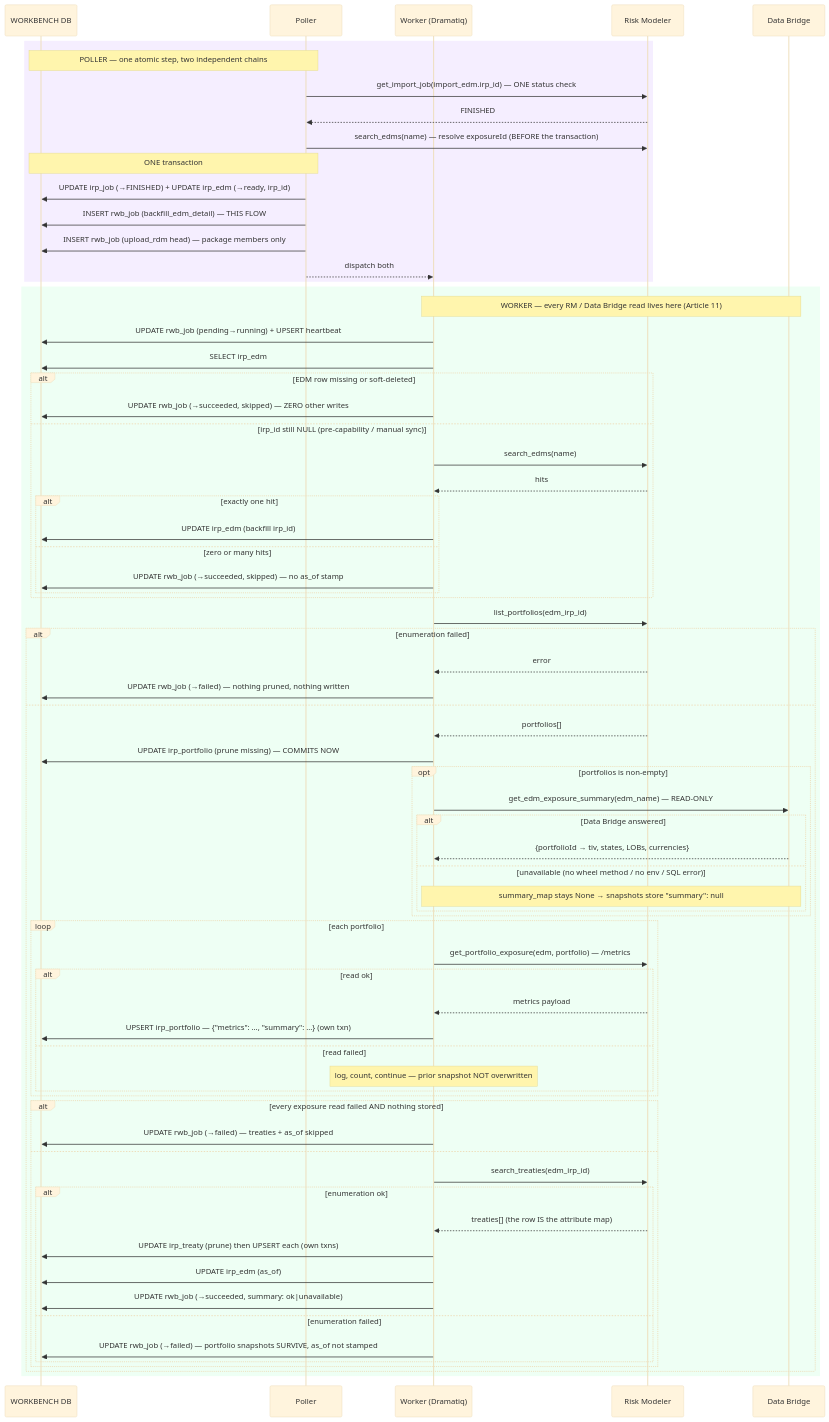
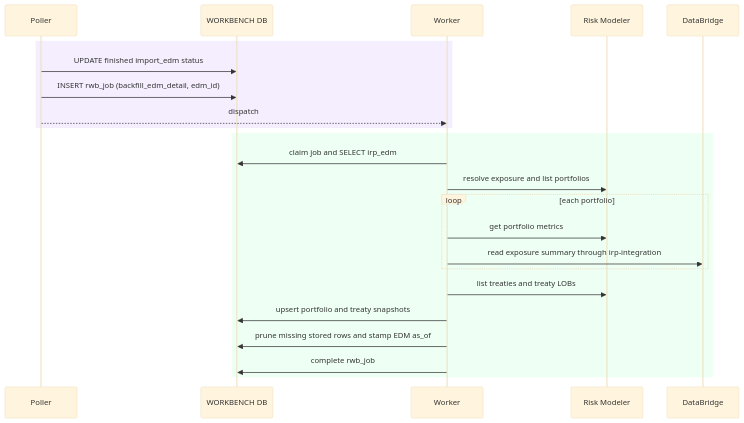
Before and after one commit to anilvenugopal/risk-workbench: the diagram in docs/sequence_diagrams/backfill/backfill_edm_detail.md, drawn with Mermaid (base theme). The commit also changed other lines of this file and 22 other files, not shown here.

````diff
--- a/docs/sequence_diagrams/backfill/backfill_edm_detail.md
+++ b/docs/sequence_diagrams/backfill/backfill_edm_detail.md
@@ -66,76 +19,27 @@
 ```mermaid
 sequenceDiagram
+    participant P as Poller
     participant DB as WORKBENCH DB
-    participant P as Poller
-    participant W as Worker (Dramatiq)
+    participant W as Worker
     participant RM as Risk Modeler
-    participant DBR as Data Bridge
+    participant DataBridge
 
     rect rgb(245,238,255)
-        Note over P,DB: POLLER — one atomic step, two independent chains
-        P->>RM: get_import_job(import_edm.irp_id) — ONE status check
-        RM-->>P: FINISHED
-        P->>RM: search_edms(name) — resolve exposureId (BEFORE the transaction)
-        Note over P,DB: ONE transaction
-        P->>DB: UPDATE irp_job (→FINISHED) + UPDATE irp_edm (→ready, irp_id)
-        P->>DB: INSERT rwb_job (backfill_edm_detail) — THIS FLOW
-        P->>DB: INSERT rwb_job (upload_rdm head) — package members only
-        P-->>W: dispatch both
+        P->>DB: UPDATE finished import_edm status
+        P->>DB: INSERT rwb_job (backfill_edm_detail, edm_id)
+        P-->>W: dispatch
     end
 
     rect rgb(238,255,244)
-        Note over W,DBR: WORKER — every RM / Data Bridge read lives here (Article 11)
-        W->>DB: UPDATE rwb_job (pending→running) + UPSERT heartbeat
-        W->>DB: SELECT irp_edm
-        alt EDM row missing or soft-deleted
-            W->>DB: UPDATE rwb_job (→succeeded, skipped) — ZERO other writes
-        else irp_id still NULL (pre-capability / manual sync)
-            W->>RM: search_edms(name)
-            RM-->>W: hits
-            alt exactly one hit
-                W->>DB: UPDATE irp_edm (backfill irp_id)
-            else zero or many hits
-                W->>DB: UPDATE rwb_job (→succeeded, skipped) — no as_of stamp
-            end
+        W->>DB: claim job and SELECT irp_edm
+        W->>RM: resolve exposure and list portfolios
+        loop each portfolio
+            W->>RM: get portfolio metrics
+            W->>DataBridge: read exposure summary through irp-integration
         end
-
-        W->>RM: list_portfolios(edm_irp_id)
-        alt enumeration failed
-            RM-->>W: error
-            W->>DB: UPDATE rwb_job (→failed) — nothing pruned, nothing written
-        else
-            RM-->>W: portfolios[]
-            W->>DB: UPDATE irp_portfolio (prune missing) — COMMITS NOW
-            opt portfolios is non-empty
-                W->>DBR: get_edm_exposure_summary(edm_name) — READ-ONLY
-                alt Data Bridge answered
-                    DBR-->>W: {portfolioId → tiv, states, LOBs, currencies}
-                else unavailable (no wheel method / no env / SQL error)
-                    Note over W,DBR: summary_map stays None → snapshots store "summary": null
-                end
-            end
-            loop each portfolio
-                W->>RM: get_portfolio_exposure(edm, portfolio) — /metrics
-                alt read ok
-                    RM-->>W: metrics payload
-                    W->>DB: UPSERT irp_portfolio — {"metrics": …, "summary": …} (own txn)
-                else read failed
-                    Note over W: log, count, continue — prior snapshot NOT overwritten
-                end
-            end
-            alt every exposure read failed AND nothing stored
-                W->>DB: UPDATE rwb_job (→failed) — treaties + as_of skipped
-            else
-                W->>RM: search_treaties(edm_irp_id)
-                alt enumeration ok
-                    RM-->>W: treaties[] (the row IS the attribute map)
-                    W->>DB: UPDATE irp_treaty (prune) then UPSERT each (own txns)
-                    W->>DB: UPDATE irp_edm (as_of)
-                    W->>DB: UPDATE rwb_job (→succeeded, summary: ok|unavailable)
-                else enumeration failed
-                    W->>DB: UPDATE rwb_job (→failed) — portfolio snapshots SURVIVE, as_of not stamped
-                end
-            end
-        end
+        W->>RM: list treaties and treaty LOBs
+        W->>DB: upsert portfolio and treaty snapshots
+        W->>DB: prune missing stored rows and stamp EDM as_of
+        W->>DB: complete rwb_job
     end
 ```
````
